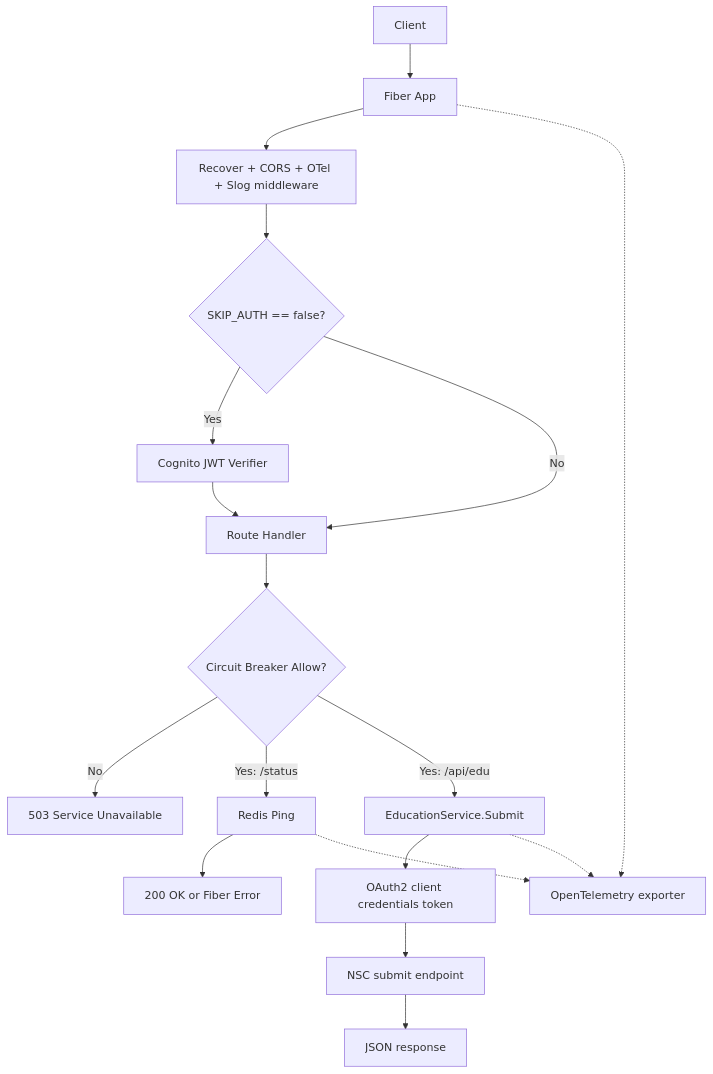
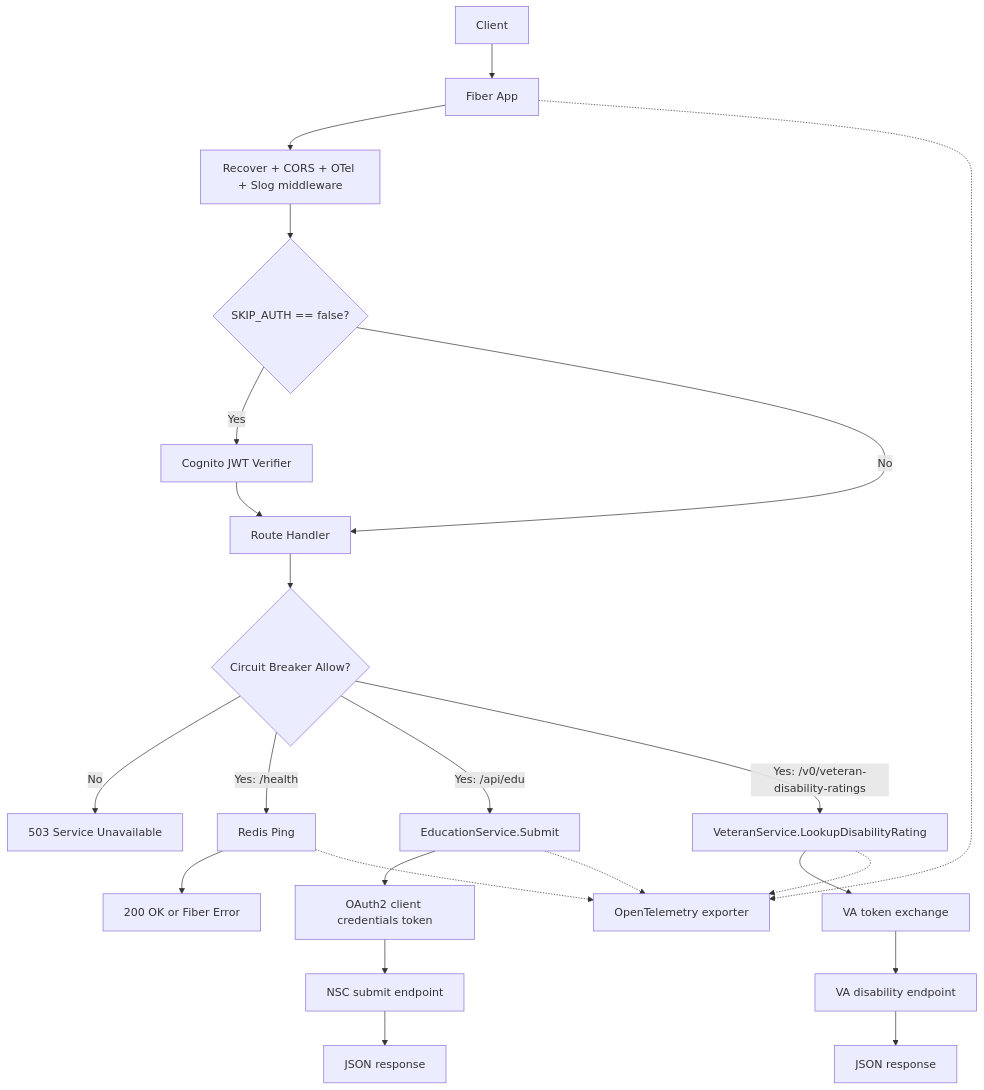
One commit to CMSgov/emmy-api changed the diagram in docs/overview.md. Above: the diagram before and after it, drawn with Mermaid. The commit also changed other lines of this file and 12 other files, not shown here.

````diff
--- a/docs/overview.md
+++ b/docs/overview.md
@@ -49,24 +49,30 @@
 ```mermaid
 flowchart TD
     A[Client] --> B[Fiber App]
     B --> C[Recover + CORS + OTel + Slog middleware]
     C --> D{SKIP_AUTH == false?}
     D -->|Yes| E[Cognito JWT Verifier]
     D -->|No| F[Route Handler]
     E --> F
 
     F --> G{Circuit Breaker Allow?}
     G -->|No| H[503 Service Unavailable]
 
-    G -->|Yes: /status| I[Redis Ping]
+    G -->|Yes: /health| I[Redis Ping]
     I --> J[200 OK or Fiber Error]
 
     G -->|Yes: /api/edu| K[EducationService.Submit]
     K --> L[OAuth2 client credentials token]
     L --> M[NSC submit endpoint]
     M --> N[JSON response]
 
+    G -->|Yes: /v0/veteran-disability-ratings| V[VeteranService.LookupDisabilityRating]
+    V --> W[VA token exchange]
+    W --> X[VA disability endpoint]
+    X --> Y[JSON response]
+
     B -.-> O[OpenTelemetry exporter]
     I -.-> O
     K -.-> O
+    V -.-> O
 ```
````
